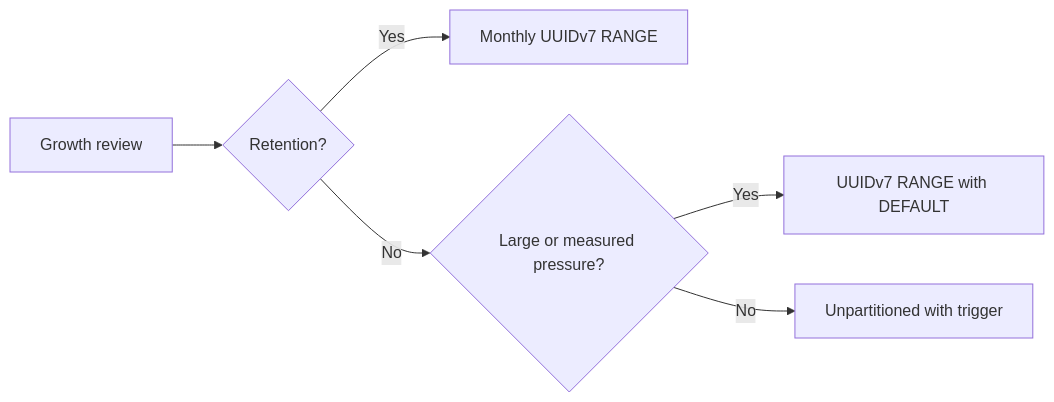
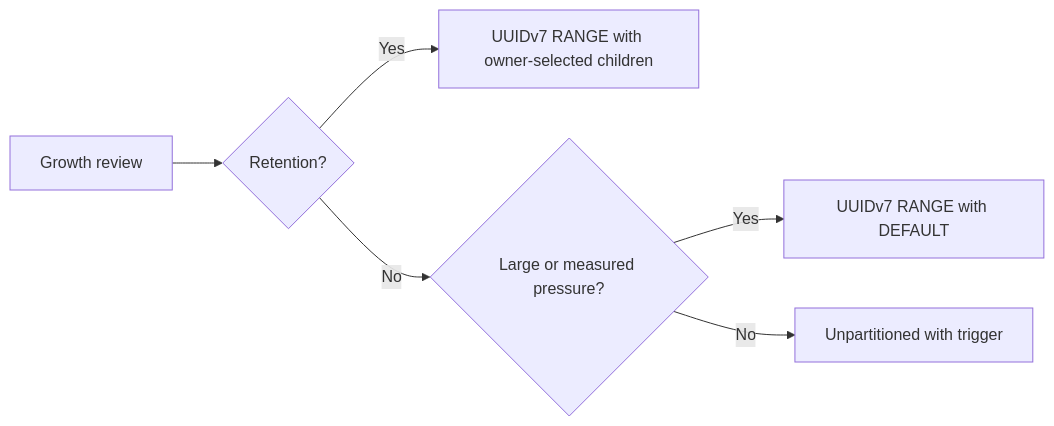
One commit to vouchington/vouchington changed the diagram in docs/overview/architecture/partitioning-strategy.md. Above: the diagram before and after it, drawn with Mermaid. The commit also changed other lines of this file and 64 other files, not shown here.

````diff
--- a/docs/overview/architecture/partitioning-strategy.md
+++ b/docs/overview/architecture/partitioning-strategy.md
@@ -24,8 +24,8 @@
 ```mermaid
 flowchart LR
   A[Growth review] --> B{Retention?}
-  B -->|Yes| C[Monthly UUIDv7 RANGE]
+  B -->|Yes| C[UUIDv7 RANGE with owner-selected children]
   B -->|No| D{Large or measured pressure?}
   D -->|Yes| E[UUIDv7 RANGE with DEFAULT]
   D -->|No| F[Unpartitioned with trigger]
 ```
````
